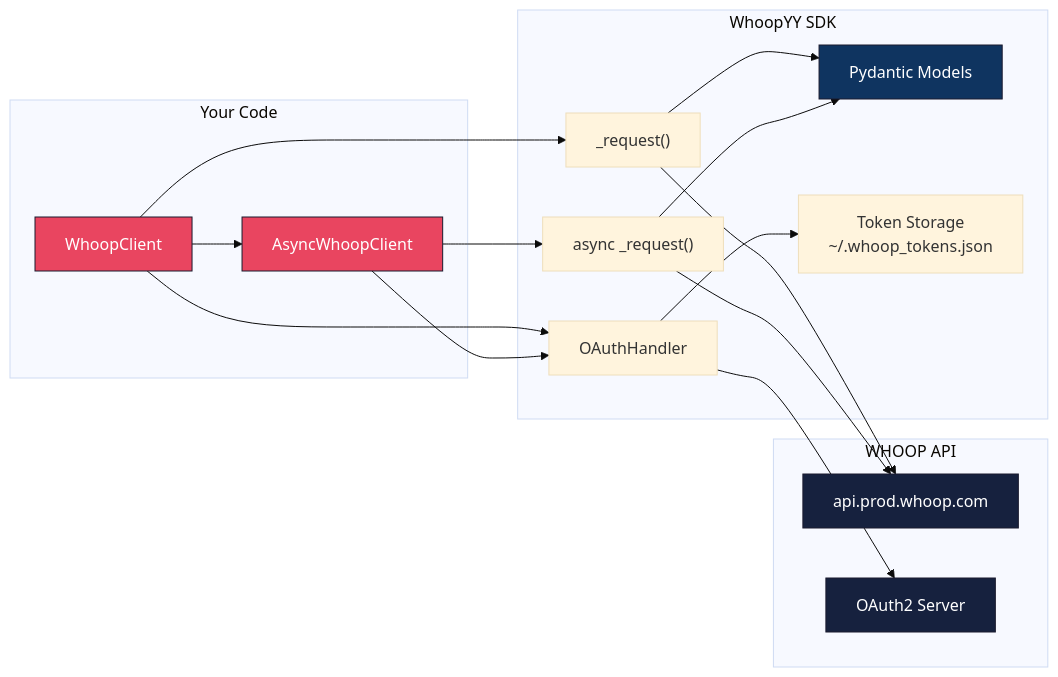
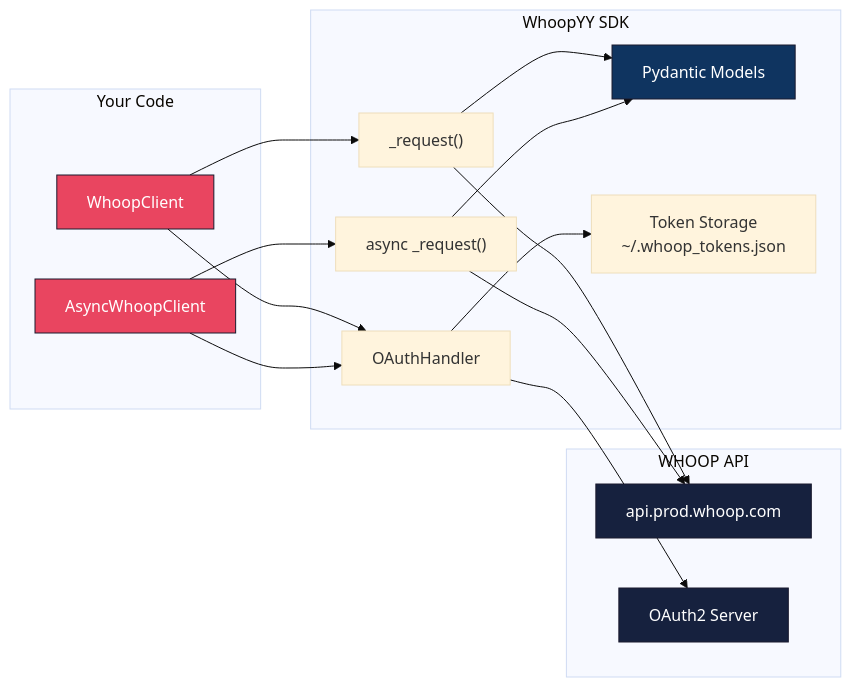
The first of 6 diagrams in README.md (ponderrr/whoopyy), drawn with Mermaid (base theme) before and after one commit. The commit also changed other lines of this file, not shown here.

````diff
--- a/README.md
+++ b/README.md
@@ -115,28 +121,29 @@
 ```mermaid
 graph LR
     subgraph Your Code
-        A[WhoopClient] --> B[AsyncWhoopClient]
+        A[WhoopClient]
+        B[AsyncWhoopClient]
     end
 
     subgraph WhoopYY SDK
         A --> C[OAuthHandler]
         B --> C
         A --> D["_request()"]
         B --> E["async _request()"]
         D --> F[Pydantic Models]
         E --> F
         C --> G[Token Storage<br>~/.whoop_tokens.json]
     end
 
     subgraph WHOOP API
         D --> H[api.prod.whoop.com]
         E --> H
         C --> I[OAuth2 Server]
     end
 
     style A fill:#e94560,stroke:#1a1a2e,color:#fff
     style B fill:#e94560,stroke:#1a1a2e,color:#fff
     style F fill:#0f3460,stroke:#1a1a2e,color:#fff
     style H fill:#16213e,stroke:#1a1a2e,color:#fff
     style I fill:#16213e,stroke:#1a1a2e,color:#fff
 ```
````
